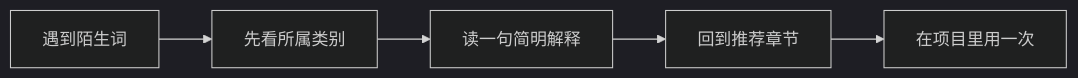
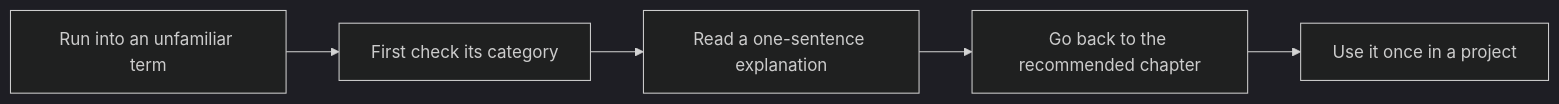
One commit to oudbiao/AI-fullstack-course changed the diagram in docs/intro/glossary.md. Above: the diagram before and after it, drawn with Mermaid (dark theme). The commit also changed other lines of this file and 1406 other files, not shown here.

````diff
--- a/docs/intro/glossary.md
+++ b/docs/intro/glossary.md
@@ -14,7 +14,7 @@
 ```mermaid
 flowchart LR
-  A["遇到陌生词"] --> B["先看所属类别"]
-  B --> C["读一句简明解释"]
-  C --> D["回到推荐章节"]
-  D --> E["在项目里用一次"]
+  A["Run into an unfamiliar term"] --> B["First check its category"]
+  B --> C["Read a one-sentence explanation"]
+  C --> D["Go back to the recommended chapter"]
+  D --> E["Use it once in a project"]
 ```
````
